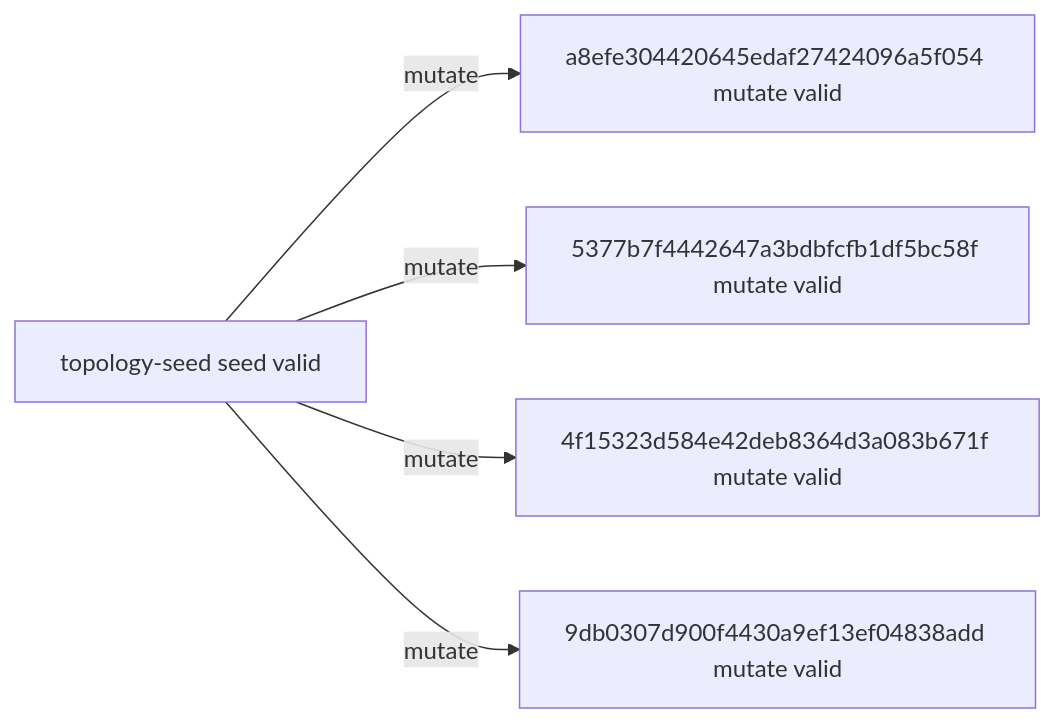
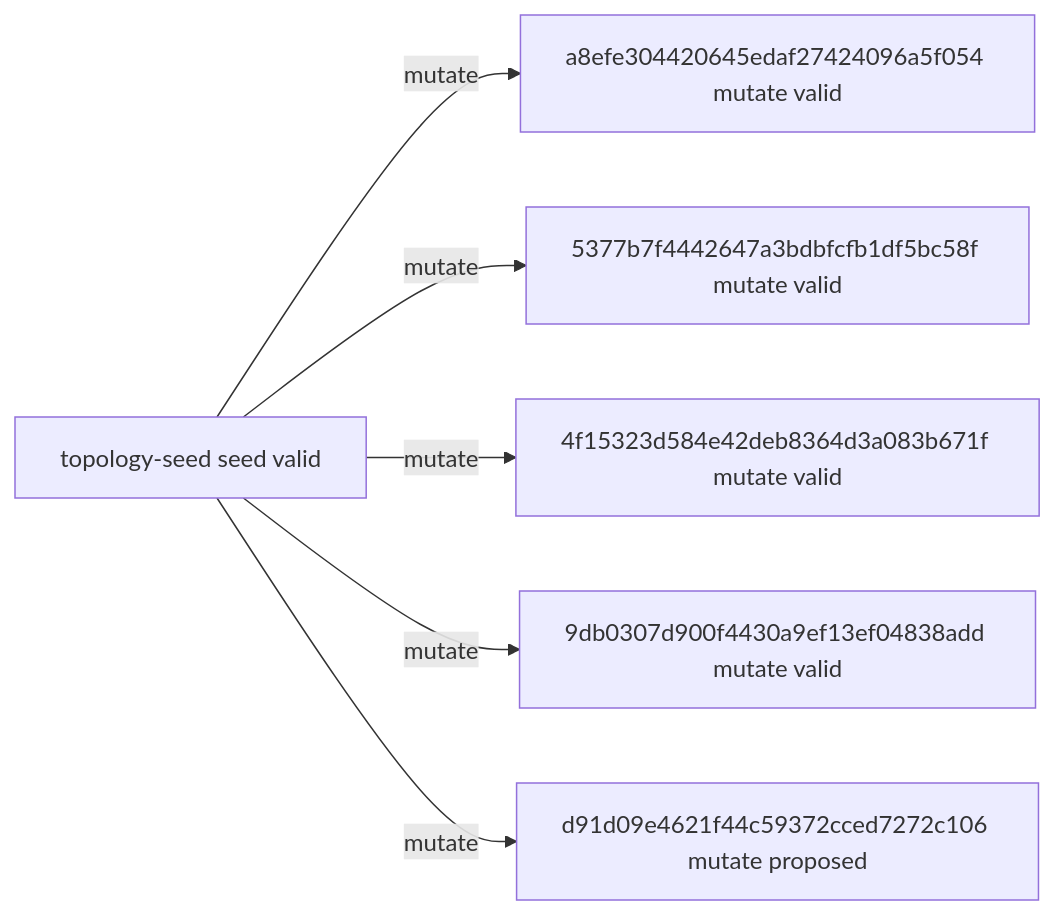
One commit to timbtz/feyer-search-lab changed the diagram in experiments/campaigns/astra-group-numerical-v3/README.md. Above: the diagram before and after it, drawn with Mermaid. The commit also changed other lines of this file and 7 other files, not shown here.

````diff
--- a/experiments/campaigns/astra-group-numerical-v3/README.md
+++ b/experiments/campaigns/astra-group-numerical-v3/README.md
@@ -21,12 +21,14 @@
 ```mermaid
 graph LR
   n0["topology-seed seed valid"]
   n1["a8efe304420645edaf27424096a5f054 mutate valid"]
   n2["5377b7f4442647a3bdbfcfb1df5bc58f mutate valid"]
   n3["4f15323d584e42deb8364d3a083b671f mutate valid"]
   n4["9db0307d900f4430a9ef13ef04838add mutate valid"]
+  n5["d91d09e4621f44c59372cced7272c106 mutate proposed"]
   n0 -->|mutate| n1
   n0 -->|mutate| n2
   n0 -->|mutate| n3
   n0 -->|mutate| n4
+  n0 -->|mutate| n5
 ```
````
